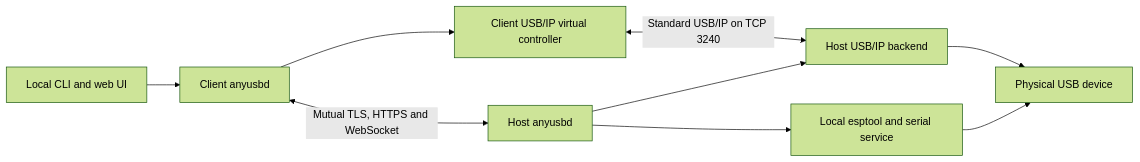
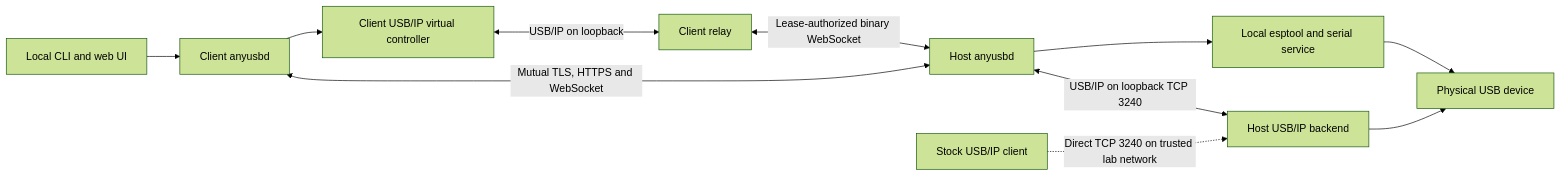
The diagram in docs/architecture.md (anmh1205/anyusb), drawn with Mermaid (forest theme) before and after one commit. The commit also changed other lines of this file and 8 other files, not shown here.

````diff
--- a/docs/architecture.md
+++ b/docs/architecture.md
@@ -15,11 +16,13 @@
 ```mermaid
 flowchart LR
     CLI[Local CLI and web UI] --> C[Client anyusbd]
     C <-->|Mutual TLS, HTTPS and WebSocket| H[Host anyusbd]
     C --> V[Client USB/IP virtual controller]
-    V <-->|Standard USB/IP on TCP 3240| S[Host USB/IP backend]
-    H --> S
+    V <-->|USB/IP on loopback| R[Client relay]
+    R <-->|Lease-authorized binary WebSocket| H
+    H <-->|USB/IP on loopback TCP 3240| S[Host USB/IP backend]
+    T[Stock USB/IP client] -.->|Direct TCP 3240 on trusted lab network| S
     H --> E[Local esptool and serial service]
     S --> U[Physical USB device]
     E --> U
 ```
````
